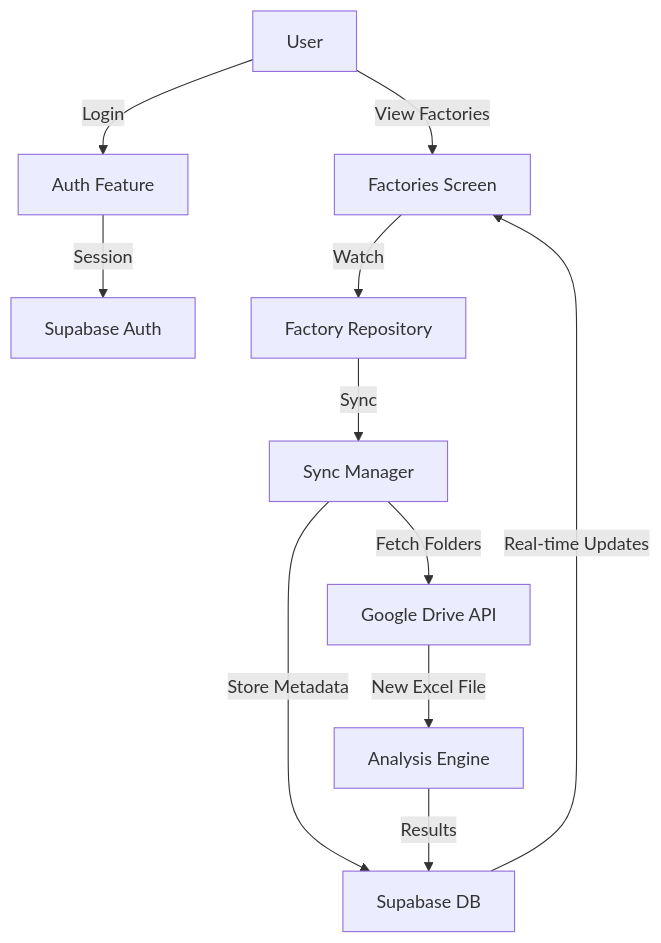
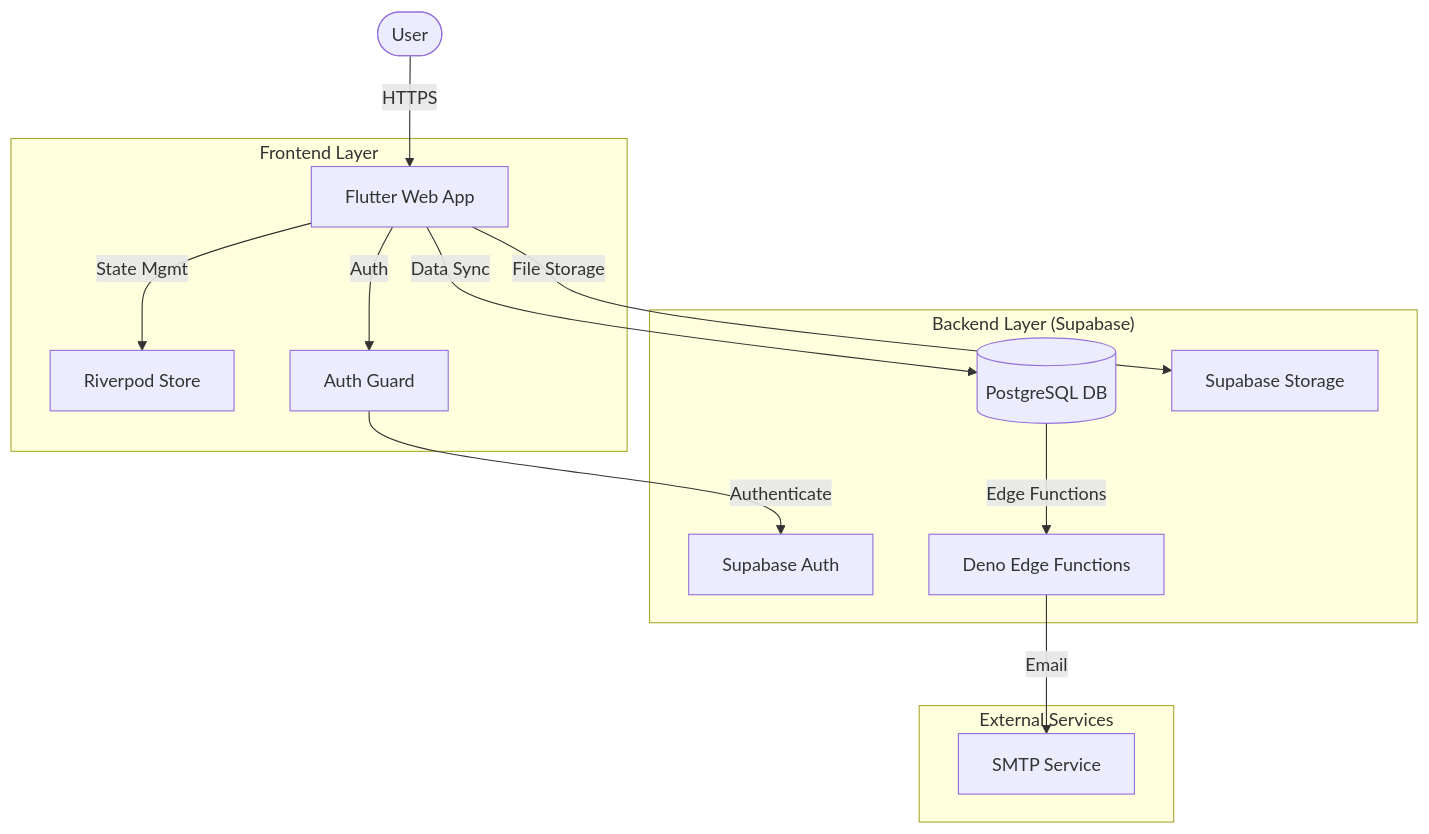
Before and after one commit to A7med580/HydroSentinel: the first of 2 diagrams in README.md, drawn with Mermaid. The commit also changed other lines of this file, not shown here.

Commit message:
docs: Professional overhaul of README with diagrams, features, and Docker instructions

````diff
--- a/README.md
+++ b/README.md
@@ -15,18 +43,20 @@
 ```mermaid
 graph TD
-    User[User] -->|Login| Auth[Auth Feature]
-    Auth -->|Session| SupabaseAuth[Supabase Auth]
+    User([User]) -->|HTTPS| WebApp[Flutter Web App]
     
-    User -->|View Factories| FactoriesUI[Factories Screen]
-    FactoriesUI -->|Watch| FactoryRepo[Factory Repository]
+    subgraph "Frontend Layer"
+        WebApp -->|State Mgmt| Riverpod[Riverpod Store]
+        WebApp -->|Auth| AuthGuard[Auth Guard]
+    end
     
-    FactoryRepo -->|Sync| SyncManager[Sync Manager]
+    subgraph "Backend Layer (Supabase)"
+        AuthGuard -->|Authenticate| SupabaseAuth[Supabase Auth]
+        WebApp -->|Data Sync| SupabaseDB[(PostgreSQL DB)]
+        WebApp -->|File Storage| SupabaseStorage[Supabase Storage]
+        SupabaseDB -->|Edge Functions| EdgeFunc[Deno Edge Functions]
+    end
     
-    SyncManager -->|Fetch Folders| GDrive[Google Drive API]
-    SyncManager -->|Store Metadata| SupabaseDB[Supabase DB]
-    
-    GDrive -->|New Excel File| AnalysisEngine[Analysis Engine]
-    AnalysisEngine -->|Results| SupabaseDB
-    
-    SupabaseDB -->|Real-time Updates| FactoriesUI
+    subgraph "External Services"
+        EdgeFunc -->|Email| SMTP[SMTP Service]
+    end
 ```
````
